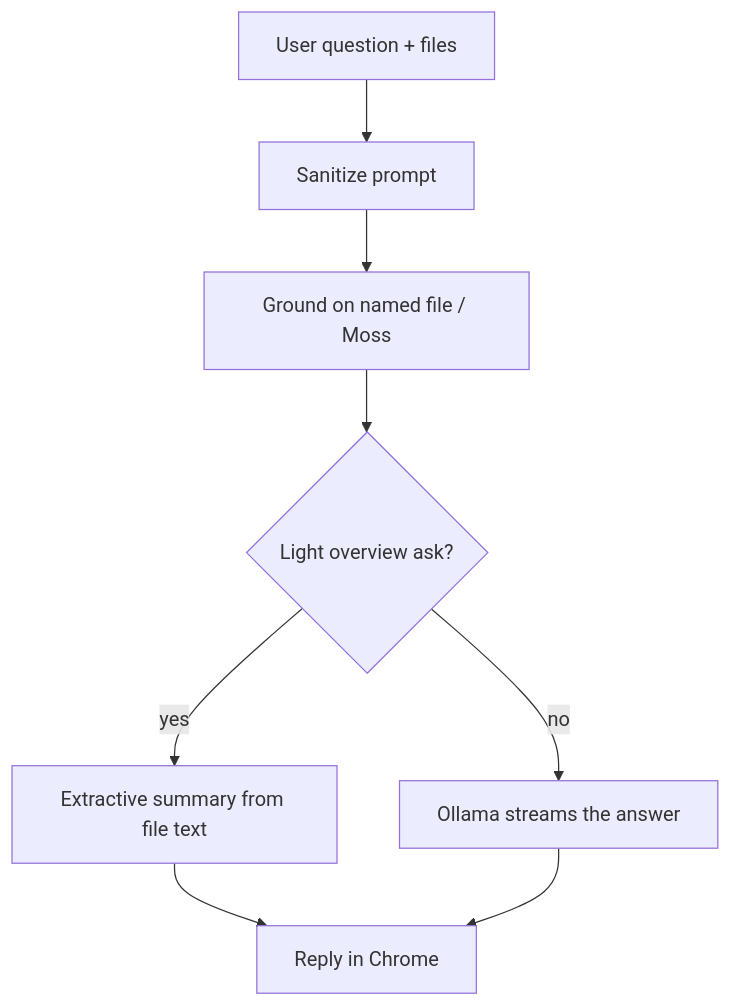
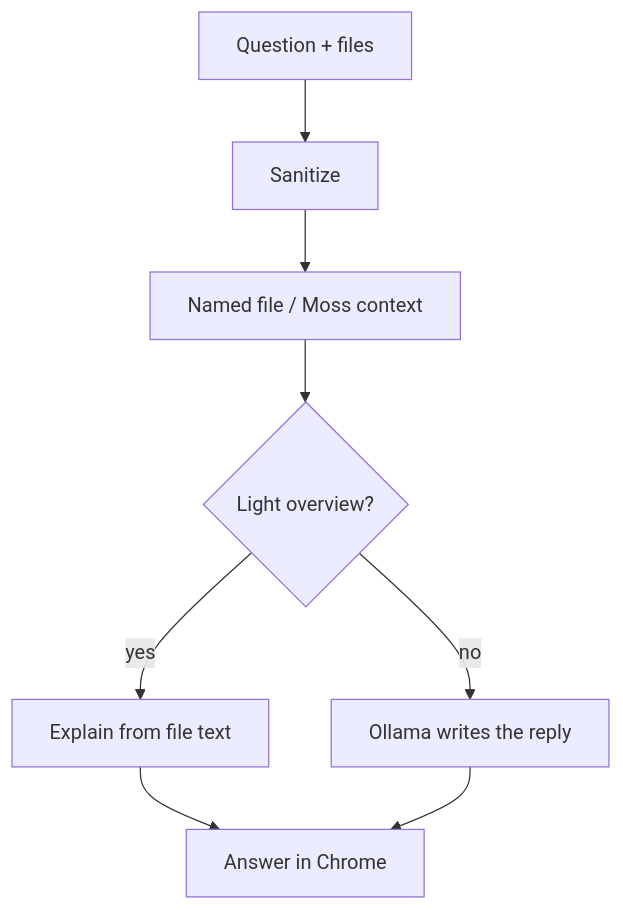
Before and after one commit to kslji/synap.ai: the second of 2 diagrams in README.md, drawn with Mermaid. The commit also changed other lines of this file, not shown here.

First line of the commit message:
Explain README design rationale for non-developers and engineers.

````diff
--- a/README.md
+++ b/README.md
@@ -22,10 +42,10 @@
 ```mermaid
 flowchart TB
-  Ask["User question + files"] --> Safe["Sanitize prompt"]
-  Safe --> Ctx["Ground on named file / Moss"]
-  Ctx --> Write{"Light overview ask?"}
-  Write -->|yes| Extract["Extractive summary from file text"]
-  Write -->|no| LLM["Ollama streams the answer"]
-  Extract --> Out["Reply in Chrome"]
+  Ask["Question + files"] --> Safe["Sanitize"]
+  Safe --> Ctx["Named file / Moss context"]
+  Ctx --> Write{"Light overview?"}
+  Write -->|yes| Extract["Explain from file text"]
+  Write -->|no| LLM["Ollama writes the reply"]
+  Extract --> Out["Answer in Chrome"]
   LLM --> Out
 ```
````
